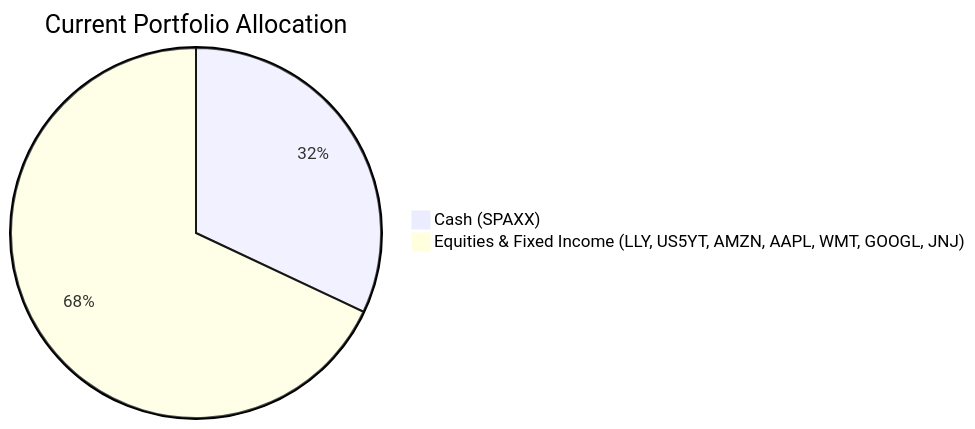
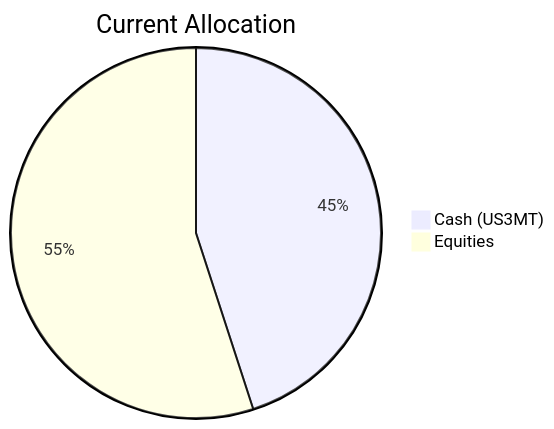
Before and after one commit to roger249/Bot-collaboration: the third of 20 diagrams in docs/sample outputs/product_investor_matching-deepseek-v4-flash.md, drawn with Mermaid. The commit also changed other lines of this file and 20 other files, not shown here.

````diff
--- a/docs/sample outputs/product_investor_matching-deepseek-v4-flash.md
+++ b/docs/sample outputs/product_investor_matching-deepseek-v4-flash.md
@@ -82,5 +71,5 @@
 ```mermaid
-pie title Current Portfolio Allocation
-    "Cash (SPAXX)" : 32
-    "Equities & Fixed Income (LLY, US5YT, AMZN, AAPL, WMT, GOOGL, JNJ)" : 68
+pie title Current Allocation
+    "Cash (US3MT)" : 45.0
+    "Equities" : 55.0
 ```
````
